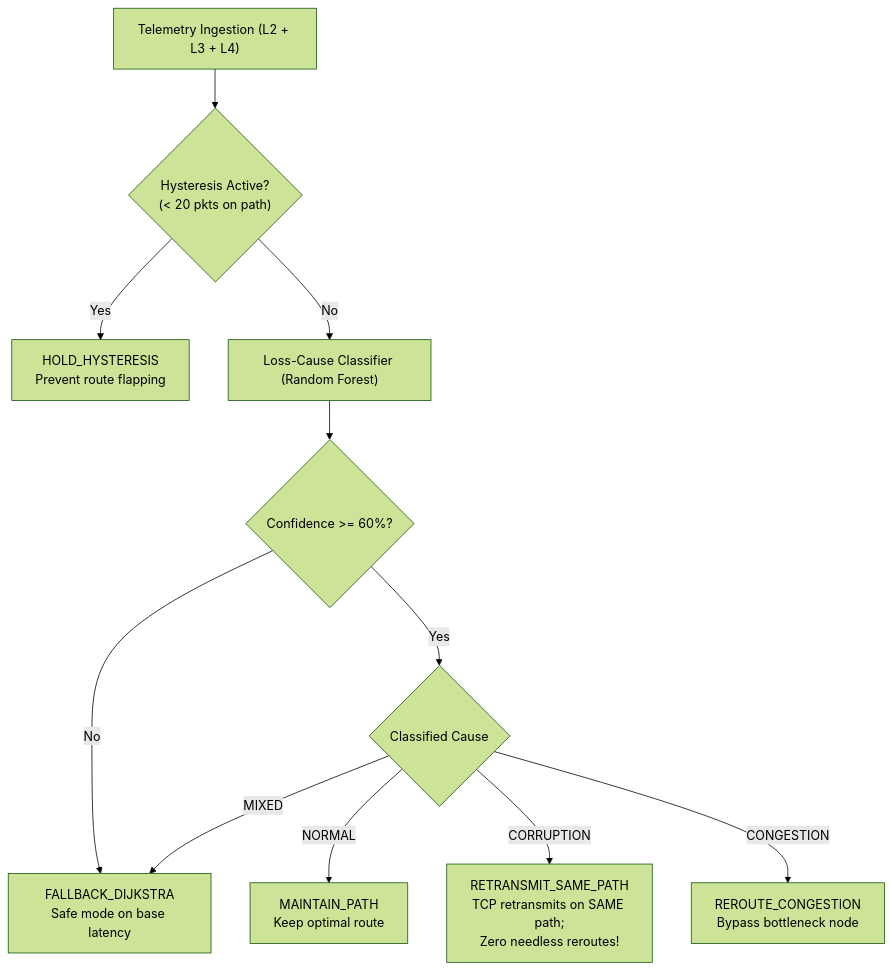
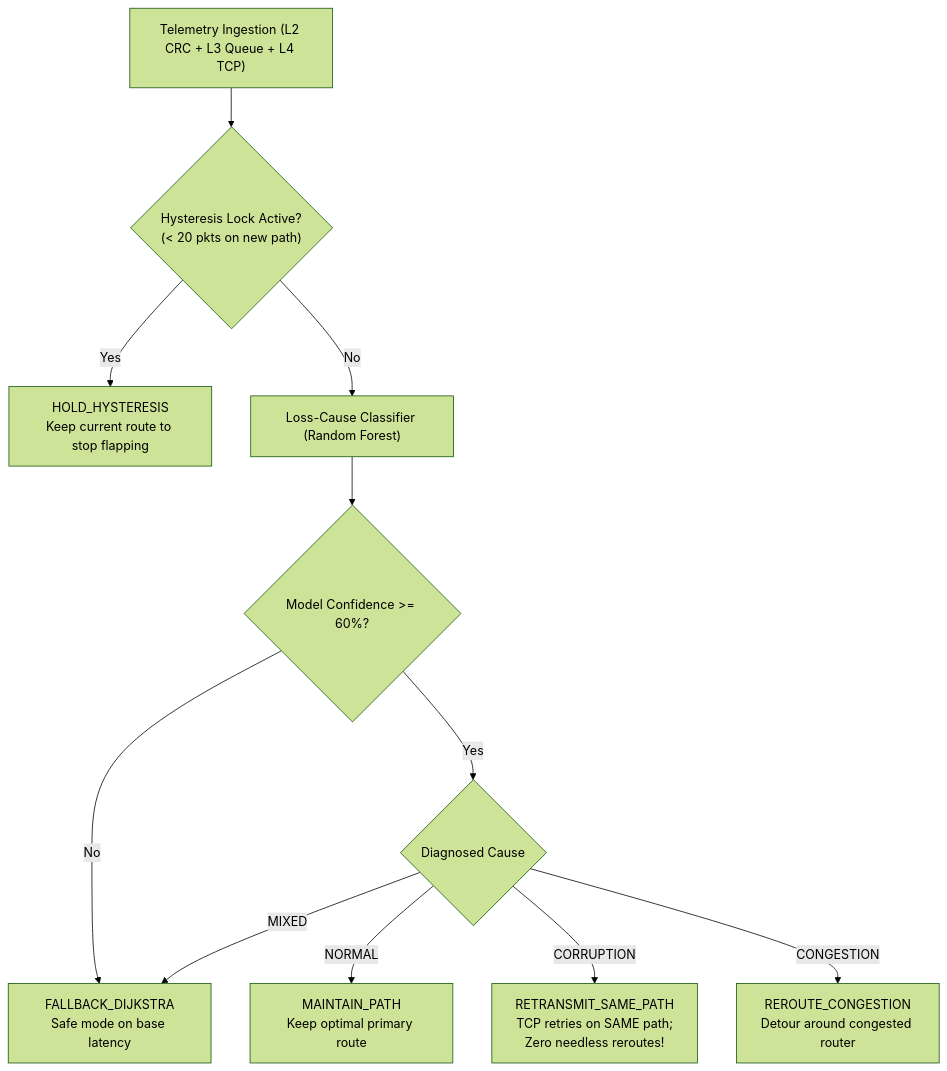
One commit to Eldo-John-Giby/Adaptive-Network-Routing-Congestion-Control changed the diagram in STUDY_GUIDE.md. Above: the diagram before and after it, drawn with Mermaid (forest theme). The commit also changed other lines of this file and 2 other files, not shown here.

Commit message:
docs: enrich study guide with beginner-friendly project foundations; fix: invalidate module cache in dashboard and export inject_corruption in src/network

````diff
--- a/STUDY_GUIDE.md
+++ b/STUDY_GUIDE.md
@@ -148,13 +209,13 @@
 ```mermaid
 flowchart TD
-    A["Telemetry Ingestion (L2 + L3 + L4)"] --> B{"Hysteresis Active?\n(< 20 pkts on path)"}
-    B -- "Yes" --> C["HOLD_HYSTERESIS\nPrevent route flapping"]
+    A["Telemetry Ingestion (L2 CRC + L3 Queue + L4 TCP)"] --> B{"Hysteresis Lock Active?\n(< 20 pkts on new path)"}
+    B -- "Yes" --> C["HOLD_HYSTERESIS\nKeep current route to stop flapping"]
     B -- "No" --> D["Loss-Cause Classifier (Random Forest)"]
-    D --> E{"Confidence >= 60%?"}
+    D --> E{"Model Confidence >= 60%?"}
     E -- "No" --> F["FALLBACK_DIJKSTRA\nSafe mode on base latency"]
-    E -- "Yes" --> G{"Classified Cause"}
-    G -- "NORMAL" --> H["MAINTAIN_PATH\nKeep optimal route"]
-    G -- "CORRUPTION" --> I["RETRANSMIT_SAME_PATH\nTCP retransmits on SAME path;\nZero needless reroutes!"]
-    G -- "CONGESTION" --> J["REROUTE_CONGESTION\nBypass bottleneck node"]
+    E -- "Yes" --> G{"Diagnosed Cause"}
+    G -- "NORMAL" --> H["MAINTAIN_PATH\nKeep optimal primary route"]
+    G -- "CORRUPTION" --> I["RETRANSMIT_SAME_PATH\nTCP retries on SAME path;\nZero needless reroutes!"]
+    G -- "CONGESTION" --> J["REROUTE_CONGESTION\nDetour around congested router"]
     G -- "MIXED" --> F
 ```
````
